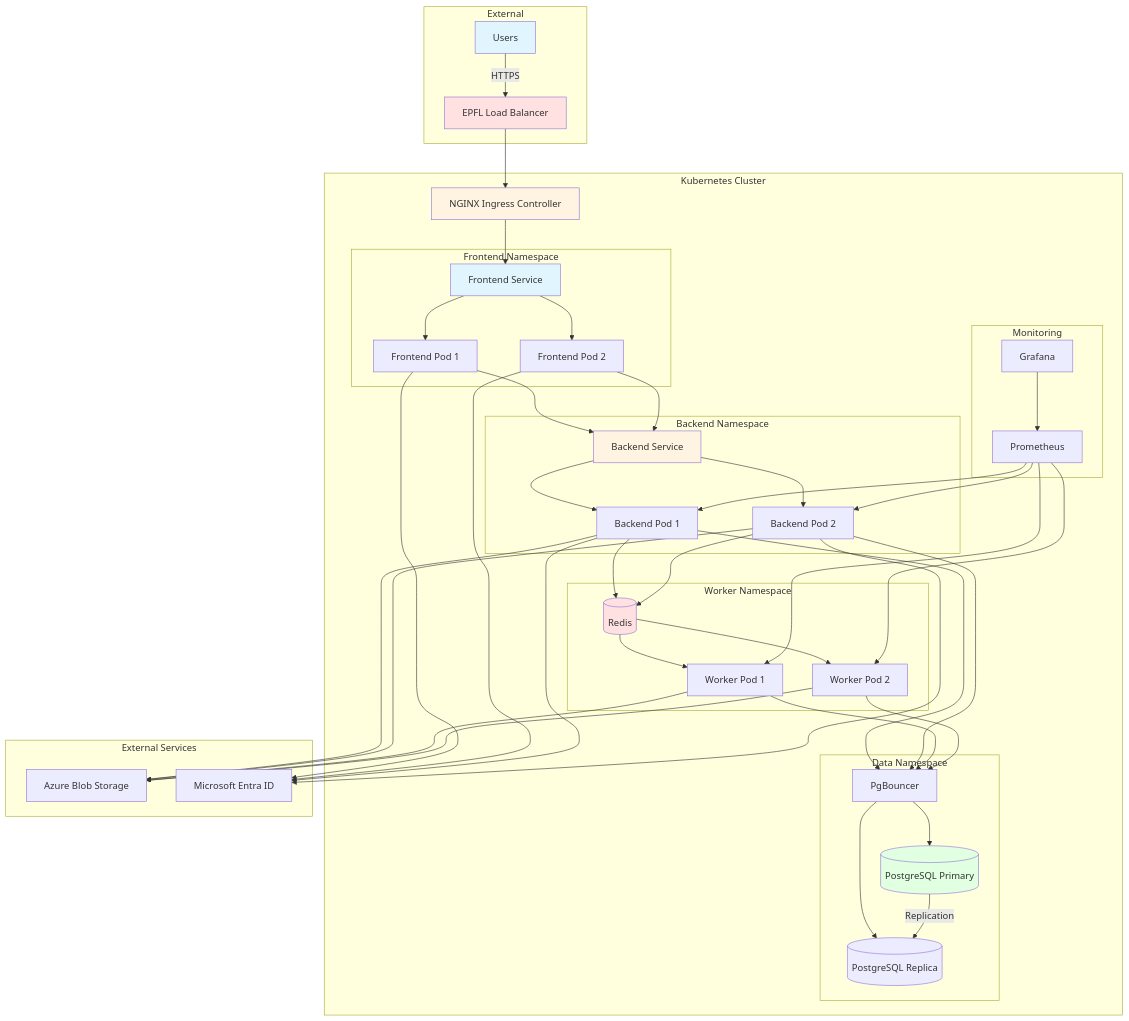
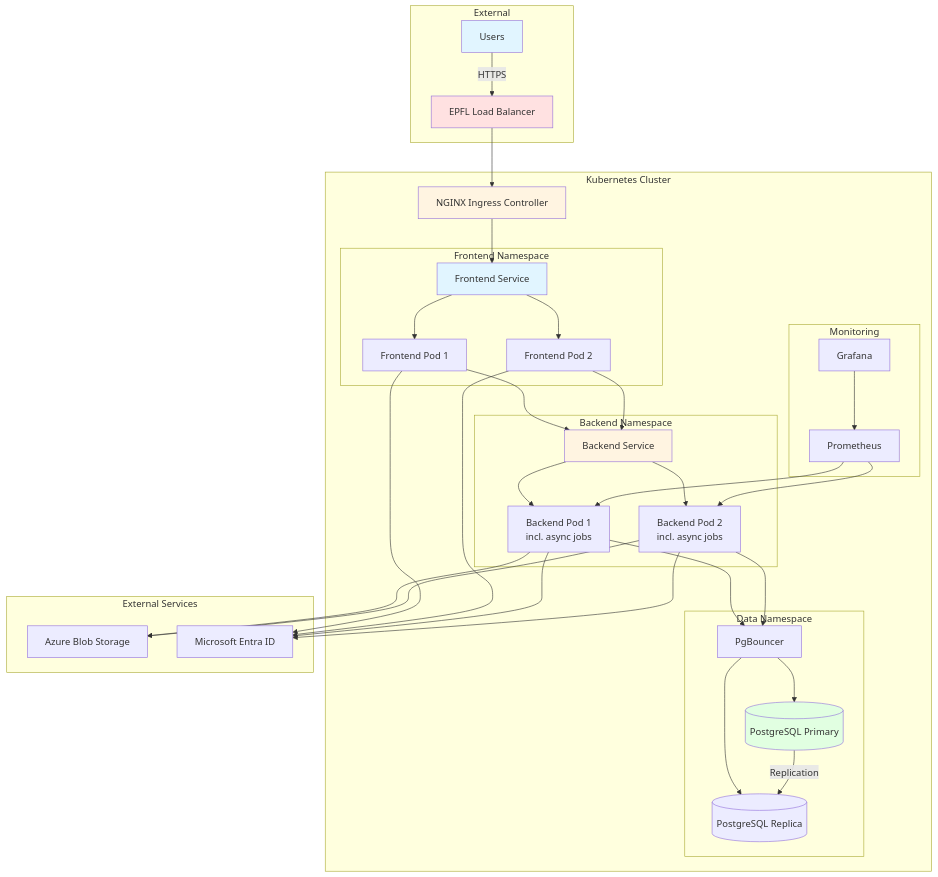
Before and after one commit to EPFL-ENAC/co2-calculator: the second of 3 diagrams in docs/src/architecture/11-deployment-topology.md, drawn with Mermaid. The commit also changed other lines of this file and 2 other files, not shown here.

Commit message:
docs(860): remove Redis/Celery nodes from architecture mermaid diagrams
Subsystem map, data-flow, and deployment-topology diagrams showed a
fictional Redis task-queue + Celery worker tier. Removed those nodes,
subgraphs, edges, and styles; re-pointed the real DB/S3 write flows to
the backend pods (which run jobs in-process per ADR-010) and labeled
them accordingly. Verified diagram node/edge integrity by hand
(mkdocs --strict does not parse mermaid).

Refs #860.

````diff
--- a/docs/src/architecture/11-deployment-topology.md
+++ b/docs/src/architecture/11-deployment-topology.md
@@ -51,76 +43,64 @@
 ```mermaid
 graph TB
     subgraph "External"
         User[Users]
         LB[EPFL Load Balancer]
     end
 
     subgraph "Kubernetes Cluster"
         Ingress[NGINX Ingress Controller]
 
         subgraph "Frontend Namespace"
             FE1[Frontend Pod 1]
             FE2[Frontend Pod 2]
             FESvc[Frontend Service]
         end
 
         subgraph "Backend Namespace"
-            BE1[Backend Pod 1]
-            BE2[Backend Pod 2]
+            BE1[Backend Pod 1<br/>incl. async jobs]
+            BE2[Backend Pod 2<br/>incl. async jobs]
             BESvc[Backend Service]
-        end
-
-        subgraph "Worker Namespace"
-            W1[Worker Pod 1]
-            W2[Worker Pod 2]
-            Redis[(Redis)]
         end
 
         subgraph "Data Namespace"
             PG[(PostgreSQL Primary)]
             PGR[(PostgreSQL Replica)]
             PGB[PgBouncer]
         end
 
         subgraph "Monitoring"
             Prom[Prometheus]
             Graf[Grafana]
         end
     end
 
     subgraph "External Services"
         S3[Azure Blob Storage]
         Entra[Microsoft Entra ID]
     end
 
     User -->|HTTPS| LB
     LB --> Ingress
     Ingress --> FESvc
     FESvc --> FE1 & FE2
     FE1 & FE2 --> BESvc
     BESvc --> BE1 & BE2
     BE1 & BE2 --> PGB
-    BE1 & BE2 --> Redis
     BE1 & BE2 --> S3
-    Redis --> W1 & W2
-    W1 & W2 --> PGB
-    W1 & W2 --> S3
     PGB --> PG
     PGB --> PGR
     PG -->|Replication| PGR
 
     FE1 & FE2 --> Entra
     BE1 & BE2 --> Entra
 
     Prom --> BE1 & BE2
-    Prom --> W1 & W2
     Graf --> Prom
 
     style User fill:#e1f5ff
     style LB fill:#ffe1e1
     style Ingress fill:#fff4e1
     style FESvc fill:#e1f5ff
     style BESvc fill:#fff4e1
     style PG fill:#e1ffe1
-    style Redis fill:#ffe1e1
 ```
````
